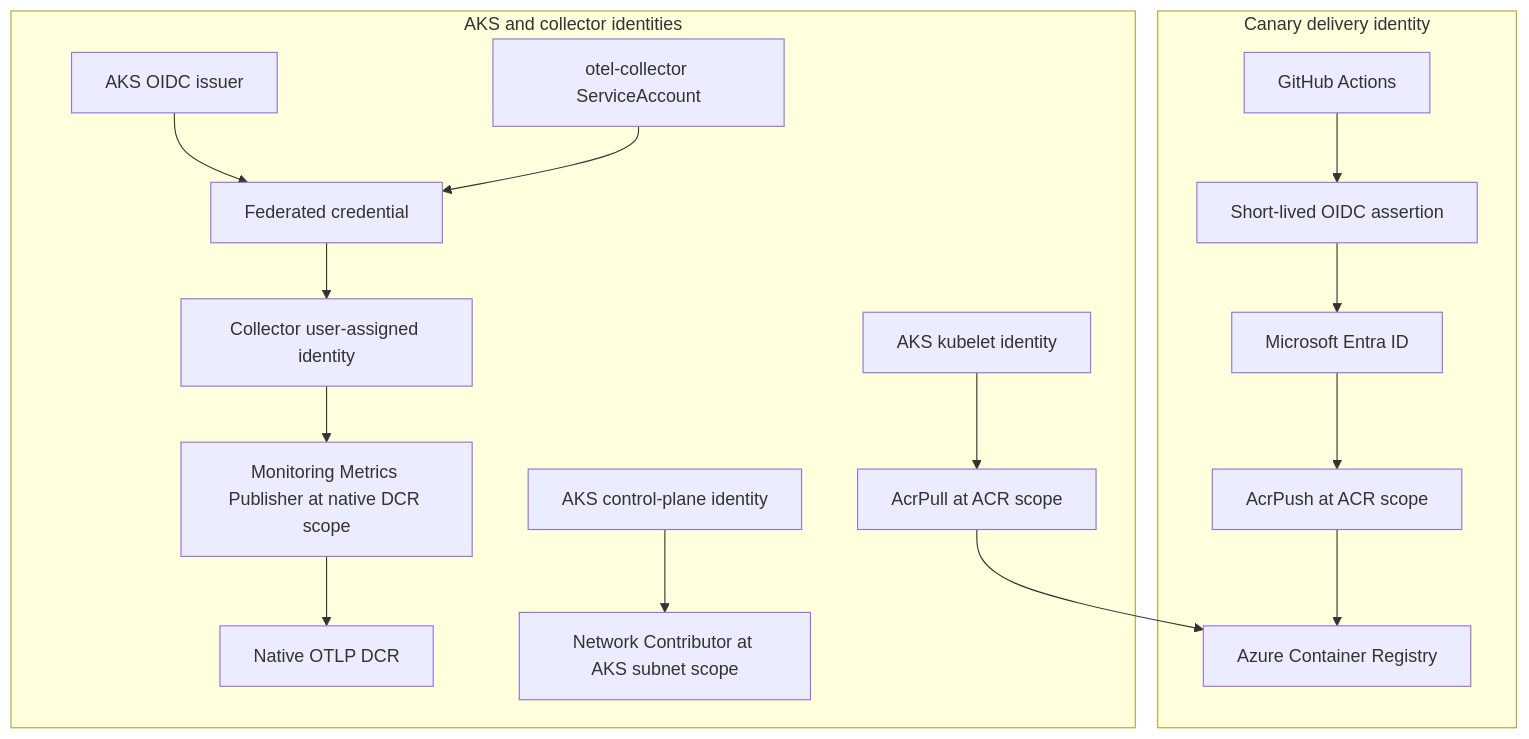
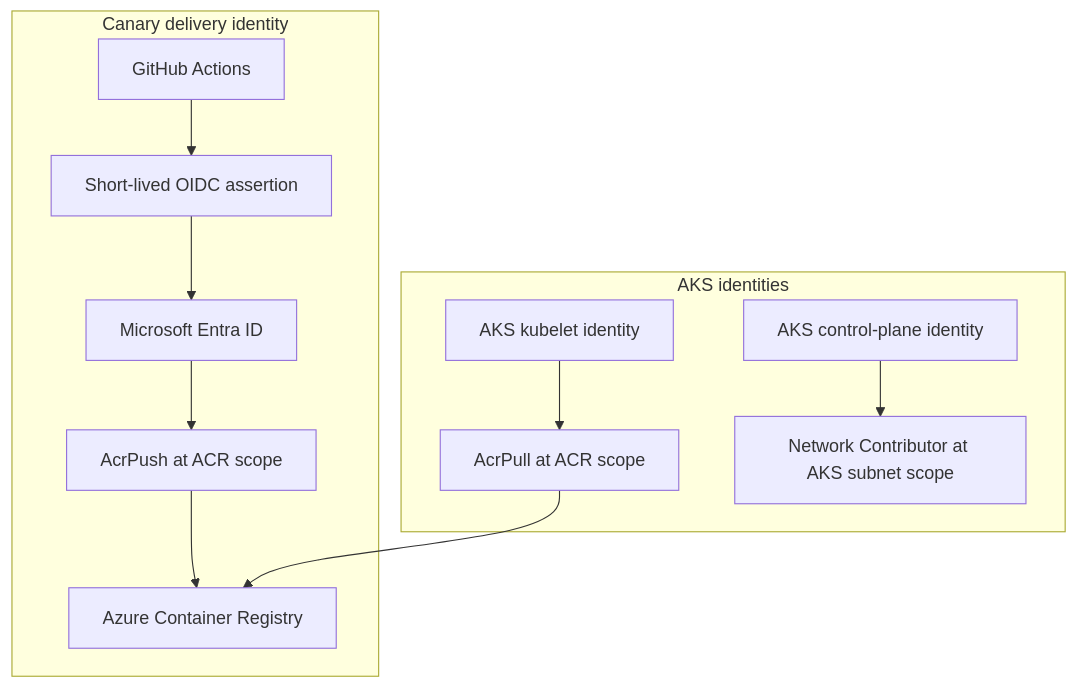
Before and after one commit to TheShivm/azure-aks-gitops-delivery: the third of 3 diagrams in README.md, drawn with Mermaid. The commit also changed other lines of this file, not shown here.

```diff
--- a/README.md
+++ b/README.md
@@ -285,22 +119,15 @@
 ~~~mermaid
 flowchart TB
   subgraph DeliveryIdentity["Canary delivery identity"]
     Actions[GitHub Actions] --> OIDC[Short-lived OIDC assertion]
     OIDC --> Entra[Microsoft Entra ID]
     Entra --> AcrPush[AcrPush at ACR scope]
     AcrPush --> RegistryIdentity[Azure Container Registry]
   end
 
-  subgraph ClusterIdentity["AKS and collector identities"]
+  subgraph ClusterIdentity["AKS identities"]
     Kubelet[AKS kubelet identity] --> AcrPull[AcrPull at ACR scope]
     AcrPull --> RegistryIdentity
-
-    AKSOIDC[AKS OIDC issuer] --> FederationIdentity[Federated credential]
-    FederationIdentity --> CollectorUAMI[Collector user-assigned identity]
-    CollectorSA[otel-collector ServiceAccount] --> FederationIdentity
-    CollectorUAMI --> MetricsRole[Monitoring Metrics Publisher at native DCR scope]
-    MetricsRole --> NativeDCRIdentity[Native OTLP DCR]
-
     AKSControl[AKS control-plane identity] --> NetworkRole[Network Contributor at AKS subnet scope]
   end
 ~~~
```
